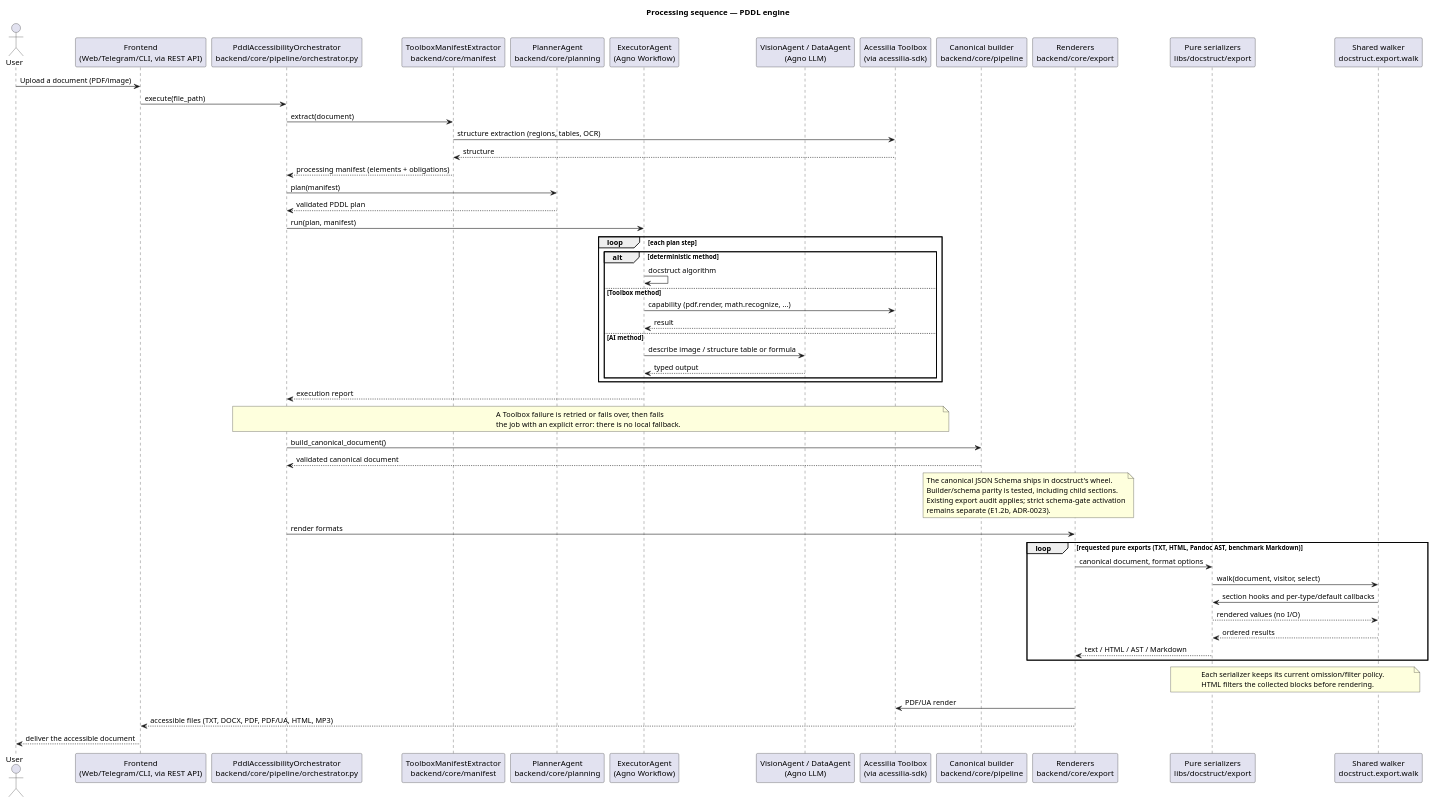
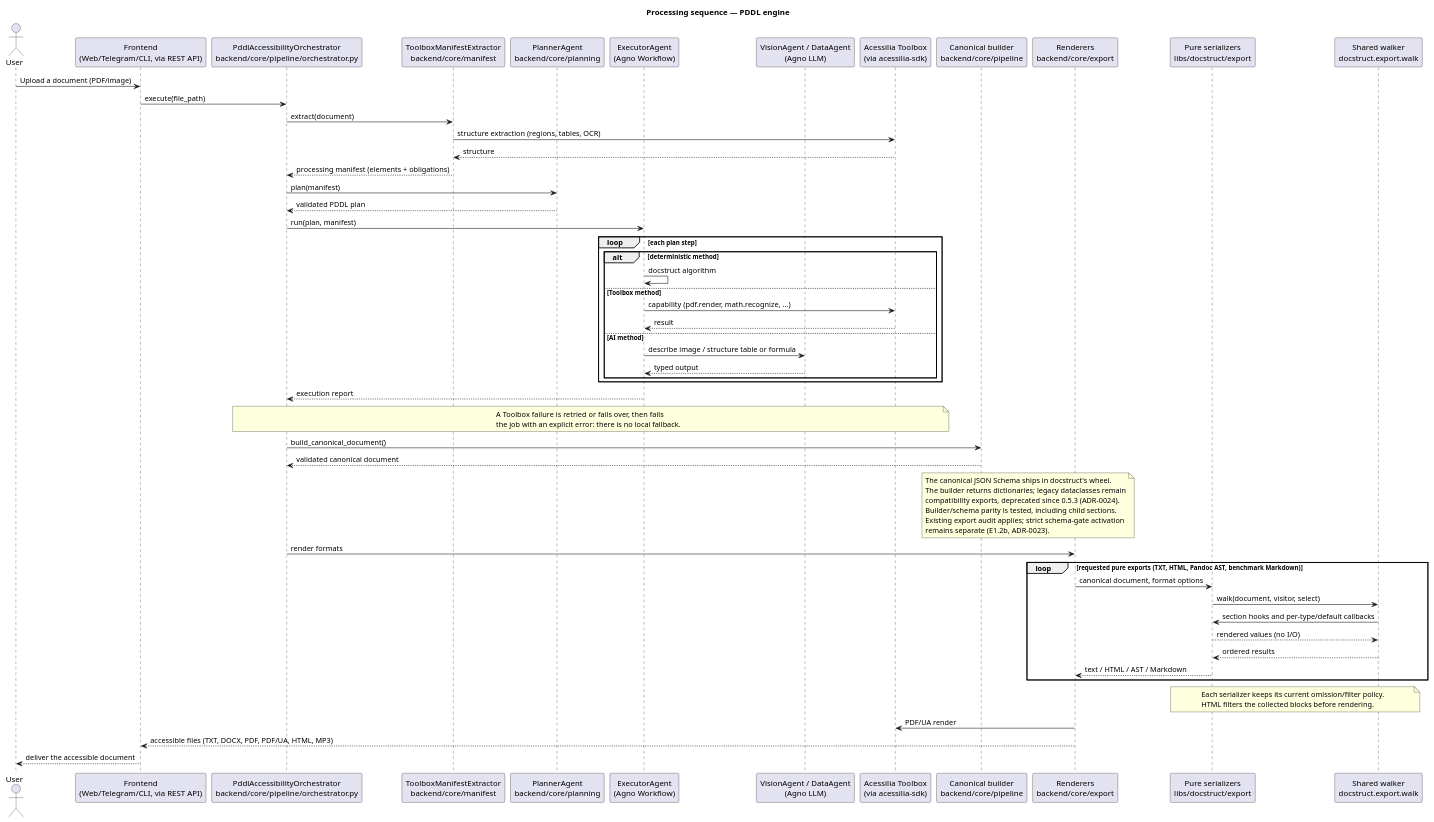
Before and after one commit to A11yDevs/acessilia: the diagram in docs/sequence/document_processing_sequence.puml, drawn with PlantUML. The commit also changed 23 other files, not shown here.

Commit message:
refactor(docstruct): deprecate legacy canonical dataclasses (#371)

```diff
--- a/docs/sequence/document_processing_sequence.puml
+++ b/docs/sequence/document_processing_sequence.puml
@@ -1,76 +1,78 @@
 @startuml document_processing_sequence
 skinparam shadowing false
 
 title Processing sequence — PDDL engine
 
 actor User
 participant "Frontend\n(Web/Telegram/CLI, via REST API)" as Front
 participant "PddlAccessibilityOrchestrator\nbackend/core/pipeline/orchestrator.py" as Orchestrator
 participant "ToolboxManifestExtractor\nbackend/core/manifest" as Manifest
 participant "PlannerAgent\nbackend/core/planning" as Planner
 participant "ExecutorAgent\n(Agno Workflow)" as Executor
 participant "VisionAgent / DataAgent\n(Agno LLM)" as Agents
 participant "Acessilia Toolbox\n(via acessilia-sdk)" as Toolbox
 participant "Canonical builder\nbackend/core/pipeline" as Builder
 participant "Renderers\nbackend/core/export" as Export
 participant "Pure serializers\nlibs/docstruct/export" as PureExport
 participant "Shared walker\ndocstruct.export.walk" as Walker
 
 User -> Front: Upload a document (PDF/image)
 Front -> Orchestrator: execute(file_path)
 
 Orchestrator -> Manifest: extract(document)
 Manifest -> Toolbox: structure extraction (regions, tables, OCR)
 Toolbox --> Manifest: structure
 Manifest --> Orchestrator: processing manifest (elements + obligations)
 
 Orchestrator -> Planner: plan(manifest)
 Planner --> Orchestrator: validated PDDL plan
 
 Orchestrator -> Executor: run(plan, manifest)
 loop each plan step
   alt deterministic method
     Executor -> Executor: docstruct algorithm
   else Toolbox method
     Executor -> Toolbox: capability (pdf.render, math.recognize, ...)
     Toolbox --> Executor: result
   else AI method
     Executor -> Agents: describe image / structure table or formula
     Agents --> Executor: typed output
   end
 end
 Executor --> Orchestrator: execution report
 
 note over Orchestrator, Toolbox
   A Toolbox failure is retried or fails over, then fails
   the job with an explicit error: there is no local fallback.
 end note
 
 Orchestrator -> Builder: build_canonical_document()
 Builder --> Orchestrator: validated canonical document
 
 note over Builder, Export
   The canonical JSON Schema ships in docstruct's wheel.
+  The builder returns dictionaries; legacy dataclasses remain
+  compatibility exports, deprecated since 0.5.3 (ADR-0024).
   Builder/schema parity is tested, including child sections.
   Existing export audit applies; strict schema-gate activation
   remains separate (E1.2b, ADR-0023).
 end note
 
 Orchestrator -> Export: render formats
 loop requested pure exports (TXT, HTML, Pandoc AST, benchmark Markdown)
   Export -> PureExport: canonical document, format options
   PureExport -> Walker: walk(document, visitor, select)
   Walker -> PureExport: section hooks and per-type/default callbacks
   PureExport --> Walker: rendered values (no I/O)
   Walker --> PureExport: ordered results
   PureExport --> Export: text / HTML / AST / Markdown
 end
 note over PureExport, Walker
   Each serializer keeps its current omission/filter policy.
   HTML filters the collected blocks before rendering.
 end note
 Export -> Toolbox: PDF/UA render
 Export --> Front: accessible files (TXT, DOCX, PDF, PDF/UA, HTML, MP3)
 Front --> User: deliver the accessible document
 
 @enduml
```
